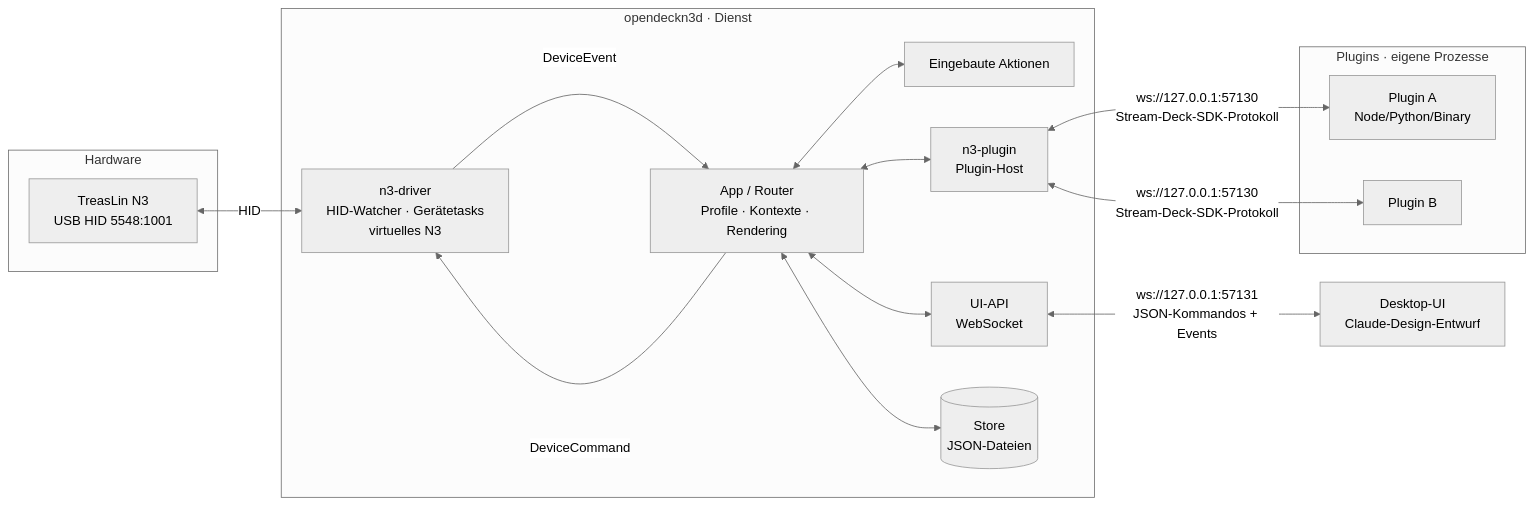
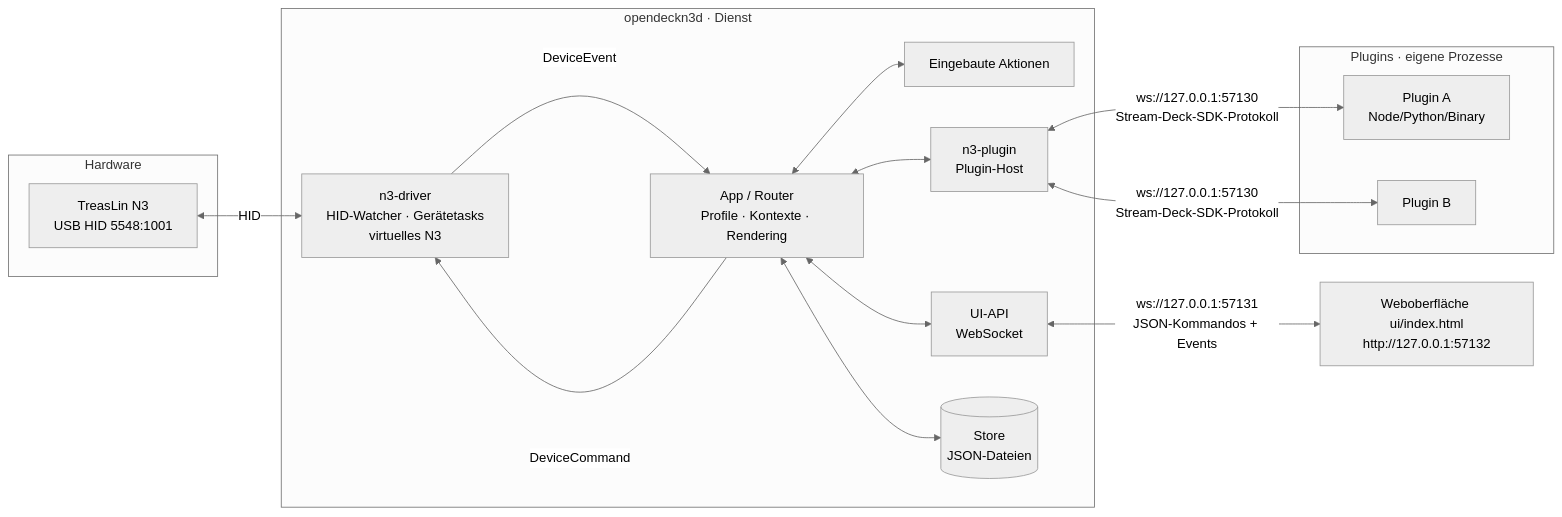
One commit to Diddlik/OpenDeckN3 changed the diagram in docs/ARCHITEKTUR.md. Above: the diagram before and after it, drawn with Mermaid (neutral theme). The commit also changed other lines of this file and 12 other files, not shown here.

First line of the commit message:
Weboberfläche nach Claude-Design-Entwurf, an die UI-API angebunden

````diff
--- a/docs/ARCHITEKTUR.md
+++ b/docs/ARCHITEKTUR.md
@@ -5,32 +5,32 @@
 ```mermaid
 flowchart LR
     subgraph HW[Hardware]
         N3[TreasLin N3<br/>USB HID 5548:1001]
     end
 
     subgraph D[opendeckn3d · Dienst]
         DRV[n3-driver<br/>HID-Watcher · Gerätetasks<br/>virtuelles N3]
         APP[App / Router<br/>Profile · Kontexte · Rendering]
         BI[Eingebaute Aktionen]
         PH[n3-plugin<br/>Plugin-Host]
         API[UI-API<br/>WebSocket]
         ST[(Store<br/>JSON-Dateien)]
     end
 
     subgraph P[Plugins · eigene Prozesse]
         P1[Plugin A<br/>Node/Python/Binary]
         P2[Plugin B]
     end
 
-    UI[Desktop-UI<br/>Claude-Design-Entwurf]
+    UI[Weboberfläche ui/index.html<br/>http://127.0.0.1:57132]
 
     N3 <-- HID --> DRV
     DRV -- DeviceEvent --> APP
     APP -- DeviceCommand --> DRV
     APP <--> BI
     APP <--> ST
     APP <--> PH
     PH <-- "ws://127.0.0.1:57130<br/>Stream-Deck-SDK-Protokoll" --> P1 & P2
     APP <--> API
     API <-- "ws://127.0.0.1:57131<br/>JSON-Kommandos + Events" --> UI
 ```
````
